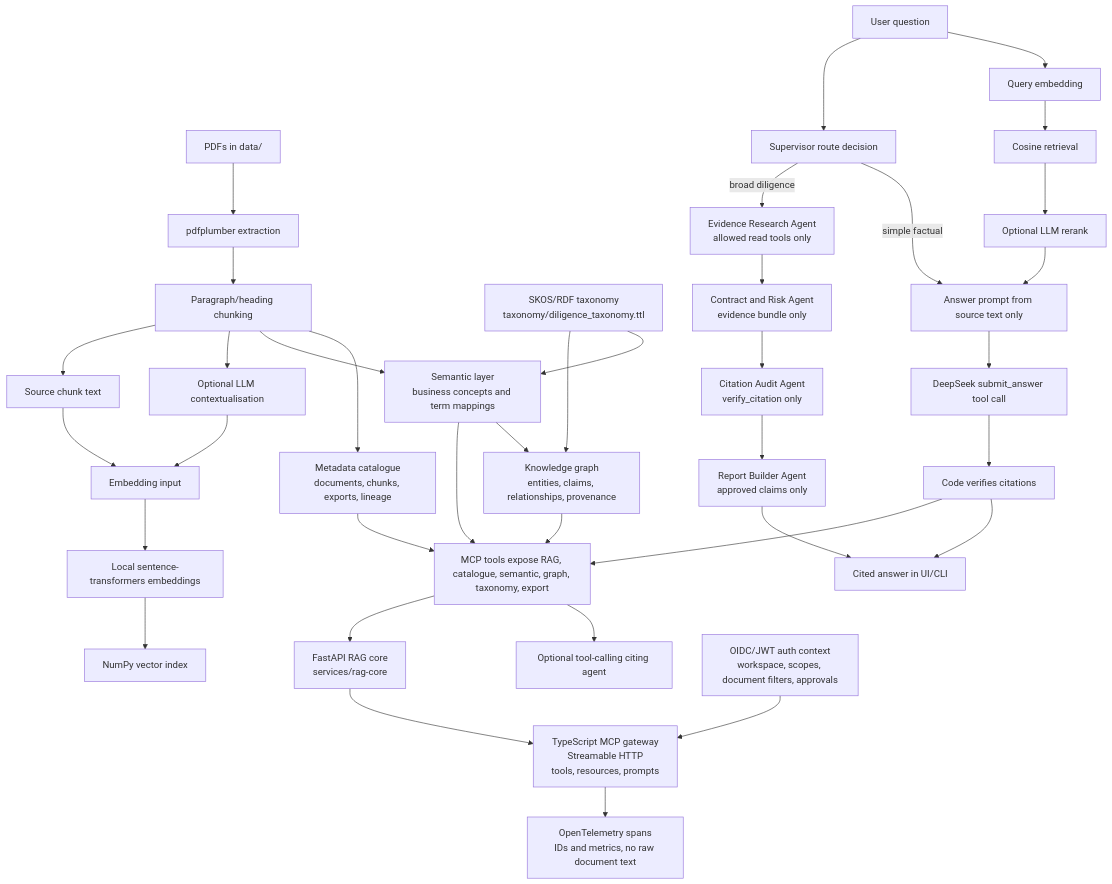
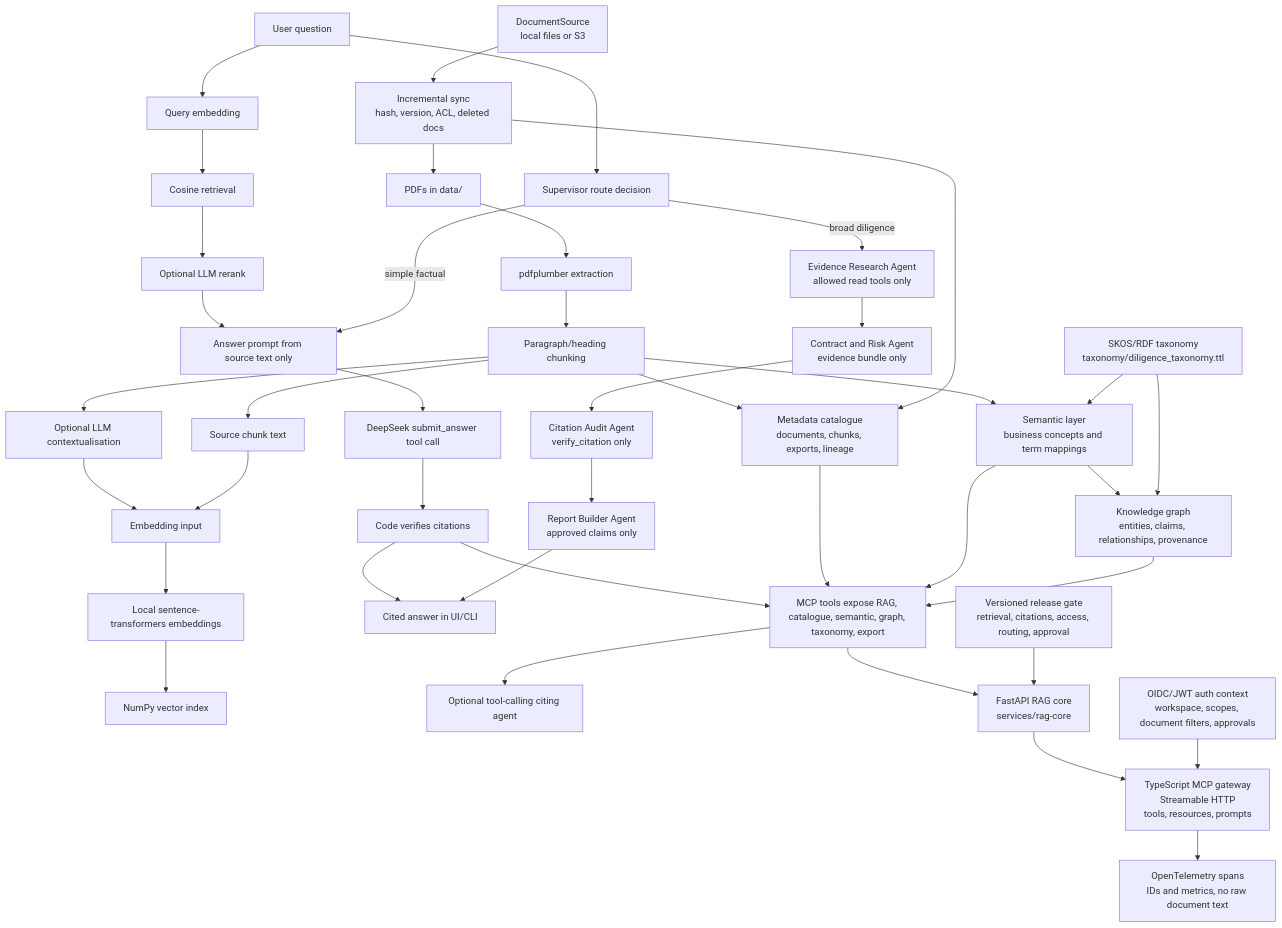
Before and after one commit to Lingtronics/data-room-cited: the diagram in README.md, drawn with Mermaid. The commit also changed other lines of this file and 18 other files, not shown here.

Commit message:
Add release gate and S3 document source

````diff
--- a/README.md
+++ b/README.md
@@ -212,41 +245,45 @@
 ```mermaid
 flowchart TD
     A["PDFs in data/"] --> B["pdfplumber extraction"]
     B --> C["Paragraph/heading chunking"]
     C --> CATA["Metadata catalogue<br/>documents, chunks, exports, lineage"]
     C --> SEM["Semantic layer<br/>business concepts and term mappings"]
     SEM --> KG["Knowledge graph<br/>entities, claims, relationships, provenance"]
     TAX["SKOS/RDF taxonomy<br/>taxonomy/diligence_taxonomy.ttl"] --> SEM
     TAX --> KG
     C --> D["Optional LLM contextualisation"]
     C --> E["Source chunk text"]
     D --> F["Embedding input"]
     E --> F
     F --> G["Local sentence-transformers embeddings"]
     G --> H["NumPy vector index"]
 
     I["User question"] --> J["Query embedding"]
     J --> K["Cosine retrieval"]
     K --> L["Optional LLM rerank"]
     L --> M["Answer prompt from source text only"]
     M --> N["DeepSeek submit_answer tool call"]
     N --> O["Code verifies citations"]
     O --> P["Cited answer in UI/CLI"]
     O --> Q["MCP tools expose RAG, catalogue, semantic, graph, taxonomy, export"]
     CATA --> Q
     SEM --> Q
     KG --> Q
     Q --> R["Optional tool-calling citing agent"]
     Q --> API["FastAPI RAG core<br/>services/rag-core"]
     API --> TSMCP["TypeScript MCP gateway<br/>Streamable HTTP<br/>tools, resources, prompts"]
     AUTH["OIDC/JWT auth context<br/>workspace, scopes, document filters, approvals"] --> TSMCP
     TSMCP --> OTEL["OpenTelemetry spans<br/>IDs and metrics, no raw document text"]
+    SRC["DocumentSource<br/>local files or S3"] --> SYNC["Incremental sync<br/>hash, version, ACL, deleted docs"]
+    SYNC --> A
+    SYNC --> CATA
+    EVAL["Versioned release gate<br/>retrieval, citations, access, routing, approval"] --> API
 
     I --> SUP["Supervisor route decision"]
     SUP -->|simple factual| M
     SUP -->|broad diligence| EA["Evidence Research Agent<br/>allowed read tools only"]
     EA --> RA["Contract and Risk Agent<br/>evidence bundle only"]
     RA --> CA["Citation Audit Agent<br/>verify_citation only"]
     CA --> RB["Report Builder Agent<br/>approved claims only"]
     RB --> P
 ```
````
